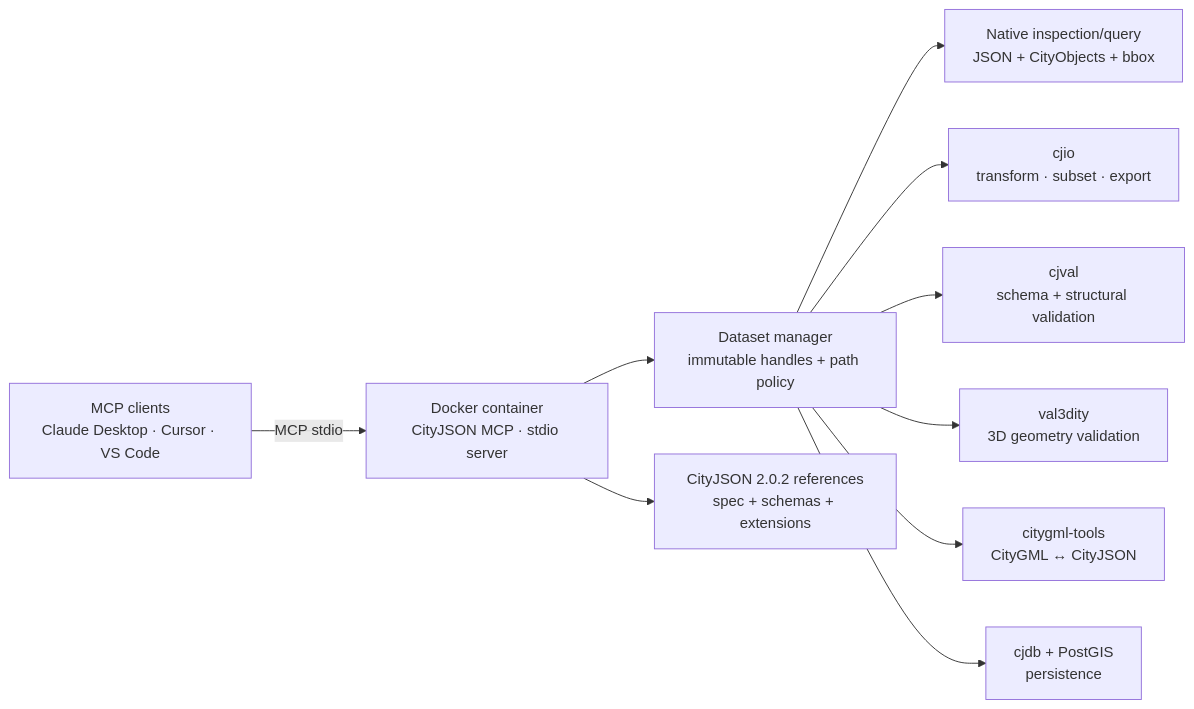
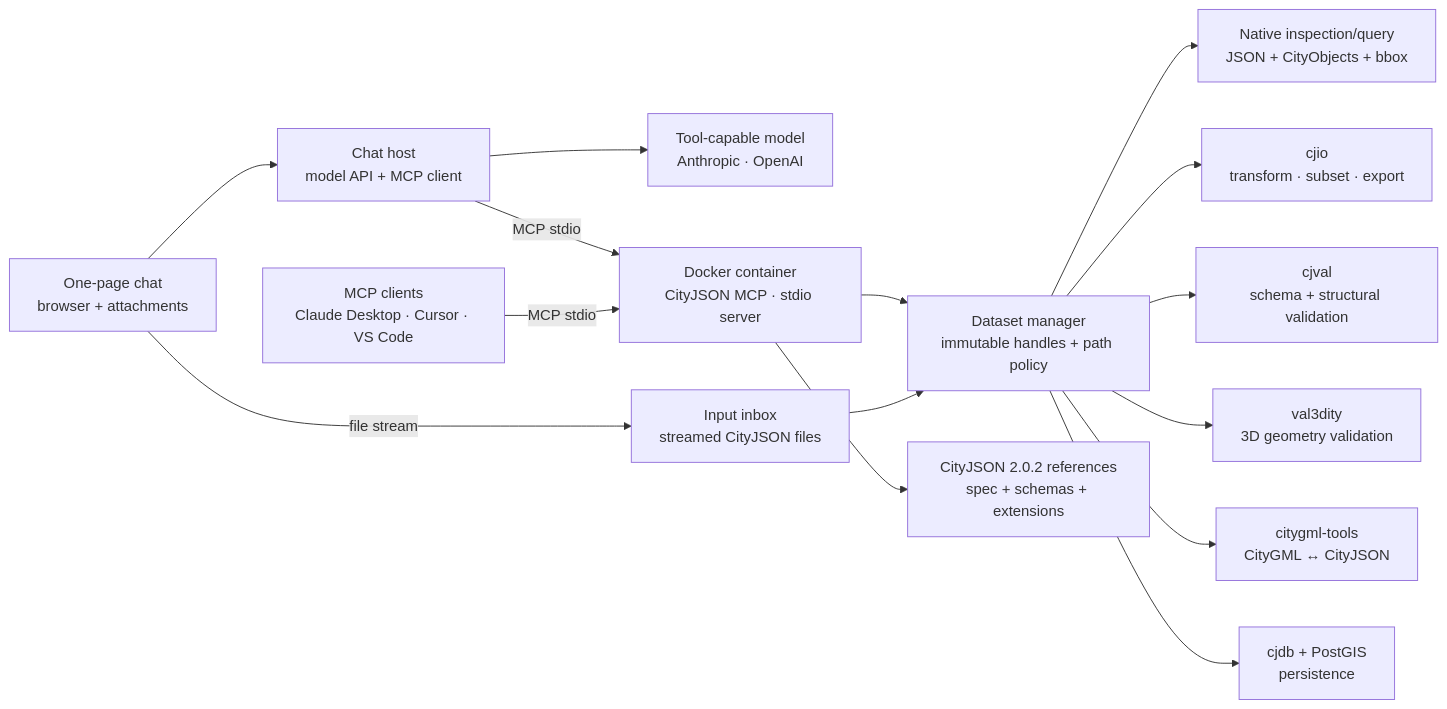
Before and after one commit to Yarroudh/cityjson-mcp: the first of 4 diagrams in README.md, drawn with Mermaid. The commit also changed other lines of this file and 30 other files, not shown here.

````diff
--- a/README.md
+++ b/README.md
@@ -20,23 +20,32 @@
 ```mermaid
 flowchart LR
   CLIENT["MCP clients<br/>Claude Desktop · Cursor · VS Code"]
+  BROWSER["One-page chat<br/>browser + attachments"]
+  CHAT["Chat host<br/>model API + MCP client"]
+  MODEL["Tool-capable model<br/>Anthropic · OpenAI"]
+  INPUT["Input inbox<br/>streamed CityJSON files"]
   SERVER["Docker container<br/>CityJSON MCP · stdio server"]
   CORE["Dataset manager<br/>immutable handles + path policy"]
   NATIVE["Native inspection/query<br/>JSON + CityObjects + bbox"]
   CJIO["cjio<br/>transform · subset · export"]
   CJVAL["cjval<br/>schema + structural validation"]
   VAL3["val3dity<br/>3D geometry validation"]
   CGML["citygml-tools<br/>CityGML ↔ CityJSON"]
   CJDB["cjdb + PostGIS<br/>persistence"]
   KNOW["CityJSON 2.0.2 references<br/>spec + schemas + extensions"]
 
   CLIENT -->|MCP stdio| SERVER
+  BROWSER --> CHAT
+  BROWSER -->|file stream| INPUT
+  CHAT --> MODEL
+  CHAT -->|MCP stdio| SERVER
+  INPUT --> CORE
   SERVER --> CORE
   CORE --> NATIVE
   CORE --> CJIO
   CORE --> CJVAL
   CORE --> VAL3
   CORE --> CGML
   CORE --> CJDB
   SERVER --> KNOW
 ```
````
